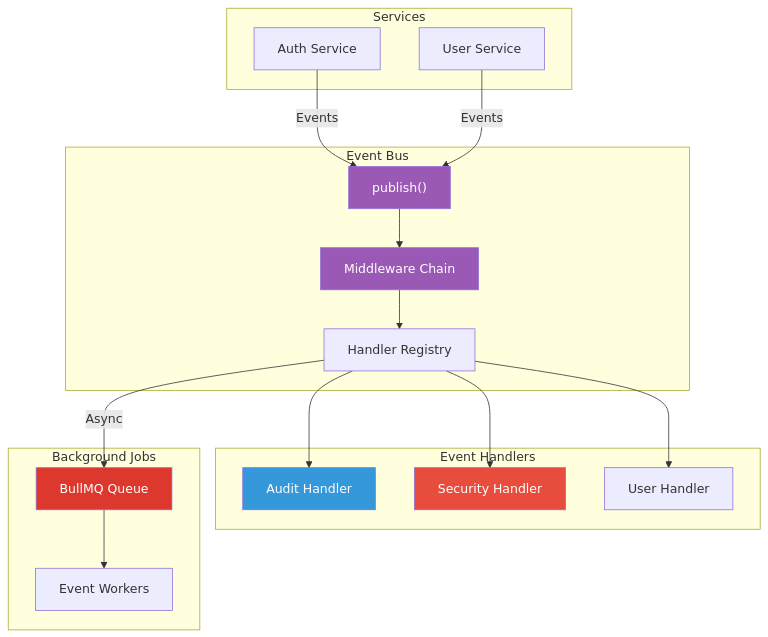
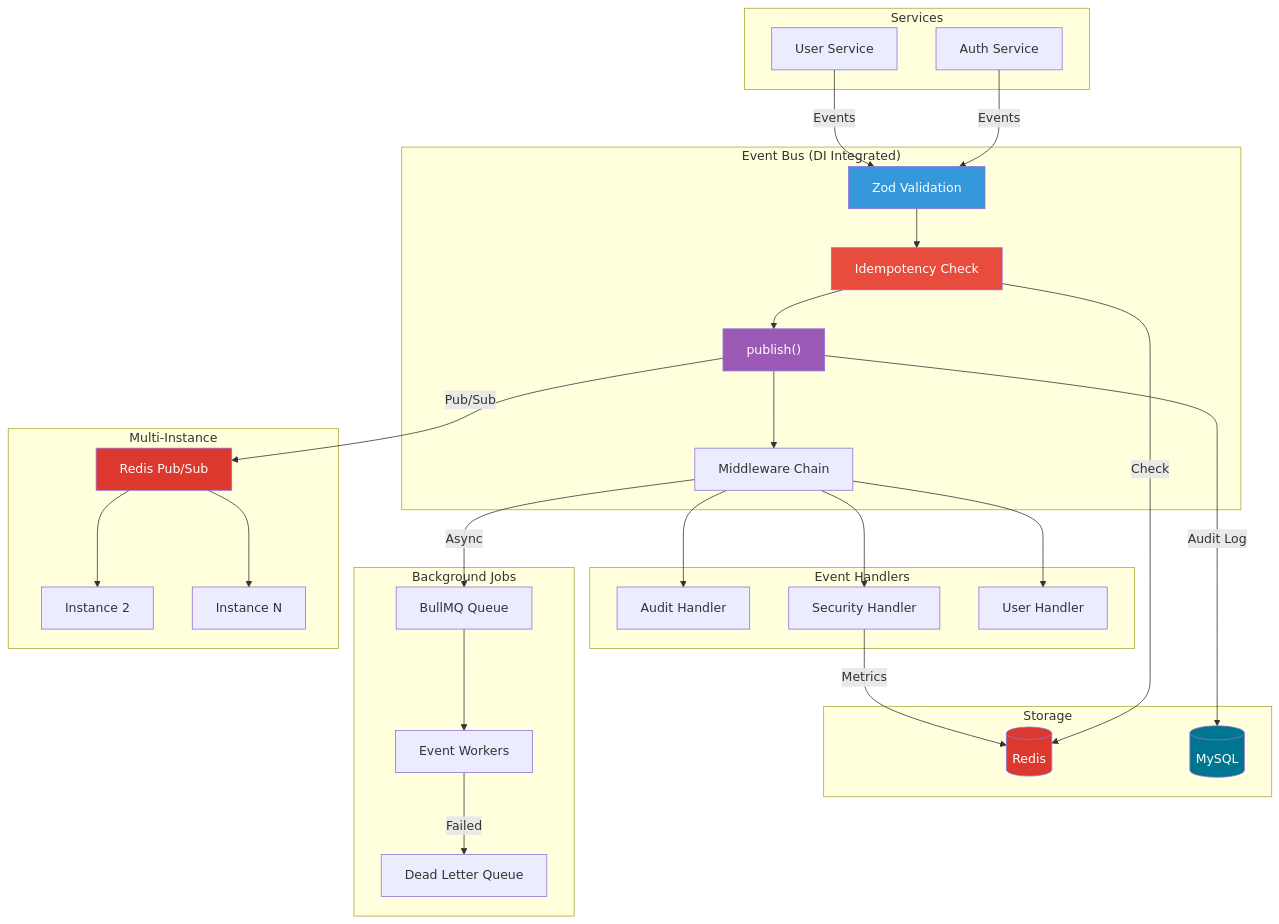
One commit to jrjohn/arcana-cloud-nodejs changed the fourth of 17 diagrams in README.md. Above: the diagram before and after it, drawn with Mermaid. The commit also changed other lines of this file and 13 other files, not shown here.

````diff
--- a/README.md
+++ b/README.md
@@ -200,40 +200,62 @@
 ```mermaid
 graph TB
     subgraph Services
         AUTH["Auth Service"]
         USER["User Service"]
     end
 
-    subgraph "Event Bus"
+    subgraph "Event Bus (DI Integrated)"
+        VALID["Zod Validation"]
+        IDEMP["Idempotency Check"]
         PUBLISH["publish()"]
         MIDDLEWARE["Middleware Chain"]
-        HANDLERS["Handler Registry"]
+    end
+
+    subgraph Storage
+        REDIS[("Redis")]
+        MYSQL[("MySQL")]
     end
 
     subgraph "Event Handlers"
         AUDIT["Audit Handler"]
         SECURITY["Security Handler"]
         USER_H["User Handler"]
     end
 
     subgraph "Background Jobs"
         BULLMQ["BullMQ Queue"]
         WORKER["Event Workers"]
+        DLQ["Dead Letter Queue"]
     end
 
-    AUTH -->|Events| PUBLISH
-    USER -->|Events| PUBLISH
+    subgraph "Multi-Instance"
+        PUBSUB["Redis Pub/Sub"]
+        INST2["Instance 2"]
+        INST3["Instance N"]
+    end
+
+    AUTH -->|Events| VALID
+    USER -->|Events| VALID
+    VALID --> IDEMP
+    IDEMP -->|Check| REDIS
+    IDEMP --> PUBLISH
     PUBLISH --> MIDDLEWARE
-    MIDDLEWARE --> HANDLERS
-    HANDLERS --> AUDIT
-    HANDLERS --> SECURITY
-    HANDLERS --> USER_H
-    HANDLERS -->|Async| BULLMQ
+    PUBLISH -->|Audit Log| MYSQL
+    PUBLISH -->|Pub/Sub| PUBSUB
+    PUBSUB --> INST2
+    PUBSUB --> INST3
+    MIDDLEWARE --> AUDIT
+    MIDDLEWARE --> SECURITY
+    MIDDLEWARE --> USER_H
+    MIDDLEWARE -->|Async| BULLMQ
     BULLMQ --> WORKER
+    WORKER -->|Failed| DLQ
+    SECURITY -->|Metrics| REDIS
 
+    style VALID fill:#3498DB,color:#fff
+    style IDEMP fill:#E74C3C,color:#fff
     style PUBLISH fill:#9B59B6,color:#fff
-    style MIDDLEWARE fill:#9B59B6,color:#fff
-    style AUDIT fill:#3498DB,color:#fff
-    style SECURITY fill:#E74C3C,color:#fff
-    style BULLMQ fill:#DC382D,color:#fff
+    style REDIS fill:#DC382D,color:#fff
+    style MYSQL fill:#00758F,color:#fff
+    style PUBSUB fill:#DC382D,color:#fff
 ```
````
